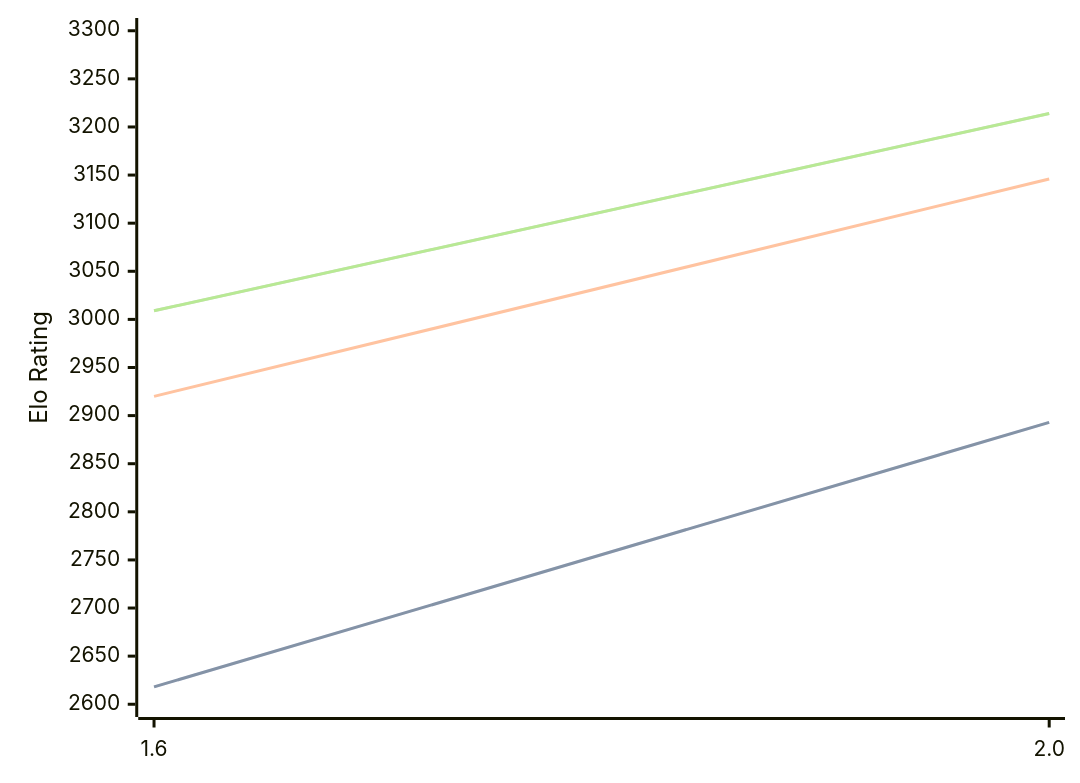
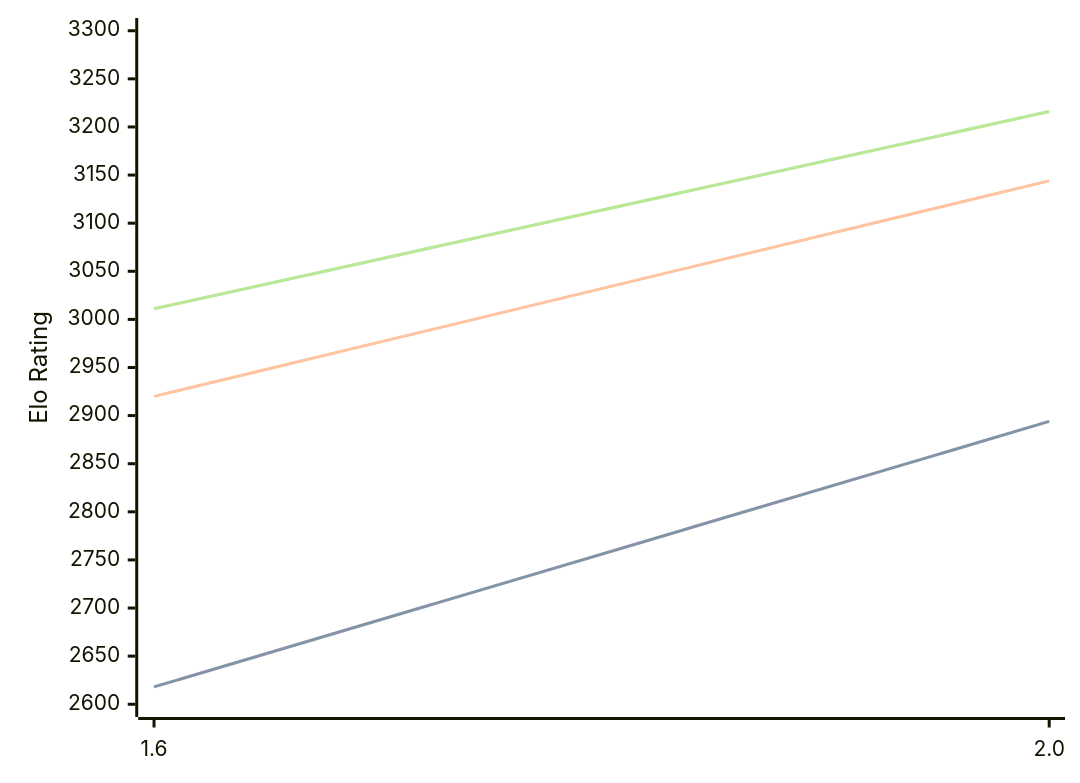
One commit to computer-chess-index/cci changed the diagram in engines/Onyx.md. Above: the diagram before and after it, drawn with Mermaid. The commit also changed other lines of this file, not shown here.

Commit message:
Update CCI Ratings (ELO VLTC) - 2026-07-24

````diff
--- a/engines/Onyx.md
+++ b/engines/Onyx.md
@@ -32,11 +32,11 @@
 ```mermaid
 %%{init: {"theme":"base","themeVariables":{"seriesColors:['#a3a3a3','#222221','#faa371']}}}%%
 xychart-beta
   x-axis ["1.6", "2.0"]
   y-axis "Elo Rating" 2600 --> 3300
-  line "STC (8.0+0.08s)" [2618, 2893]
-  line "STC (8.0+0.08s)" [2618, 2893]
-  line "LTC (60.0+0.60s)" [2920, 3146]
-  line "VLTC (2m24s+1.12s)" [3009, 3214]
-  line "VLTC (2m24s+1.12s)" [3009, 3214]
+  line "STC (8.0+0.08s)" [2618, 2894]
+  line "STC (8.0+0.08s)" [2618, 2894]
+  line "LTC (60.0+0.60s)" [2920, 3144]
+  line "VLTC (2m24s+1.12s)" [3011, 3216]
+  line "VLTC (2m24s+1.12s)" [3011, 3216]
 ```
````
